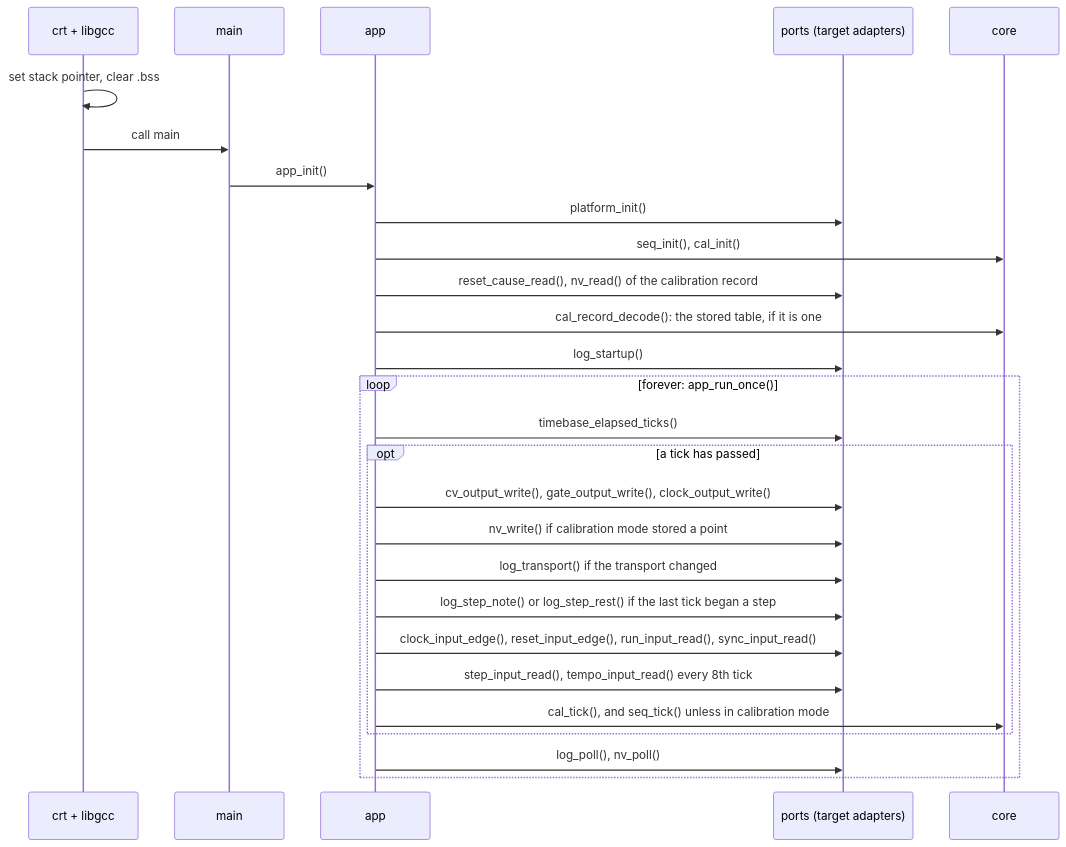
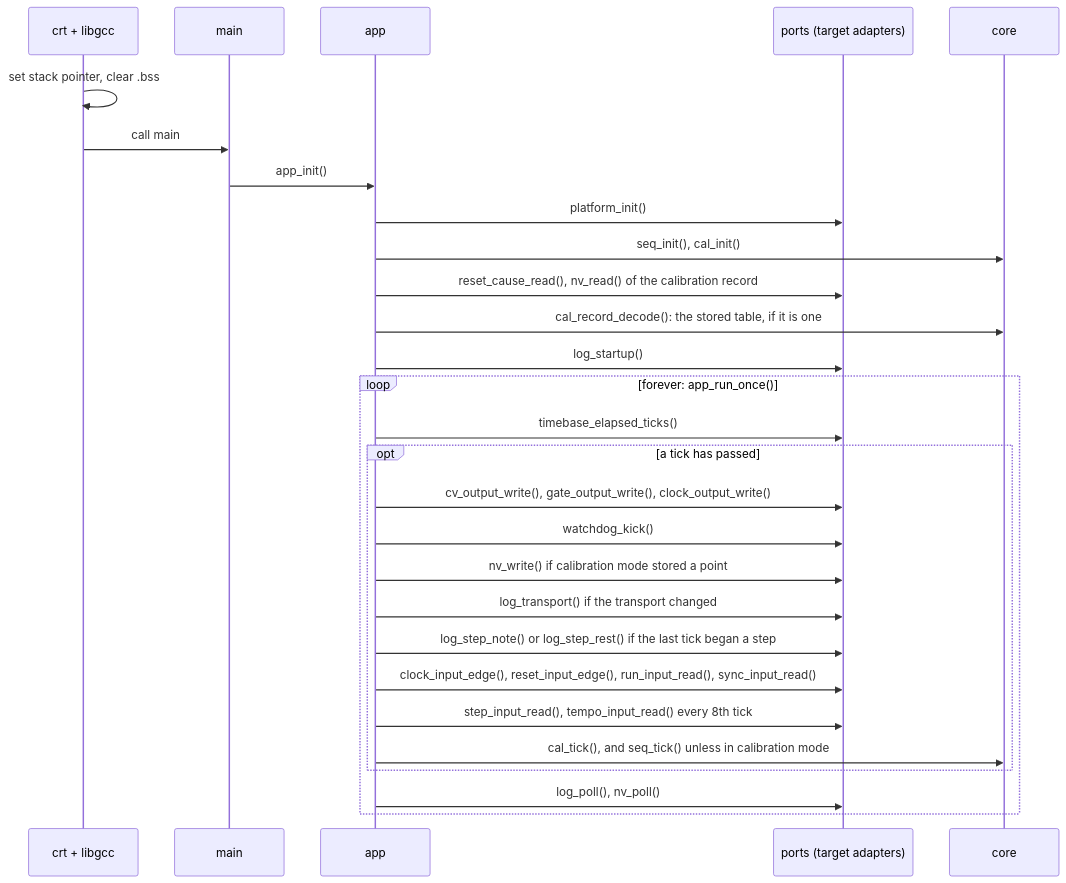
The third of 27 diagrams in docs/ARCHITECTURE.md (BonelessPig/nano_sequencer), drawn with Mermaid before and after one commit. The commit also changed other lines of this file and 21 other files, not shown here.

````diff
--- a/docs/ARCHITECTURE.md
+++ b/docs/ARCHITECTURE.md
@@ -165,29 +167,30 @@
 ```mermaid
 sequenceDiagram
     participant CRT as crt + libgcc
     participant M as main
     participant A as app
     participant P as ports (target adapters)
     participant C as core
     CRT->>CRT: set stack pointer, clear .bss
     CRT->>M: call main
     M->>A: app_init()
     A->>P: platform_init()
     A->>C: seq_init(), cal_init()
     A->>P: reset_cause_read(), nv_read() of the calibration record
     A->>C: cal_record_decode(): the stored table, if it is one
     A->>P: log_startup()
     loop forever: app_run_once()
         A->>P: timebase_elapsed_ticks()
         opt a tick has passed
             A->>P: cv_output_write(), gate_output_write(), clock_output_write()
+            A->>P: watchdog_kick()
             A->>P: nv_write() if calibration mode stored a point
             A->>P: log_transport() if the transport changed
             A->>P: log_step_note() or log_step_rest() if the last tick began a step
             A->>P: clock_input_edge(), reset_input_edge(), run_input_read(), sync_input_read()
             A->>P: step_input_read(), tempo_input_read() every 8th tick
             A->>C: cal_tick(), and seq_tick() unless in calibration mode
         end
         A->>P: log_poll(), nv_poll()
     end
 ```
````
